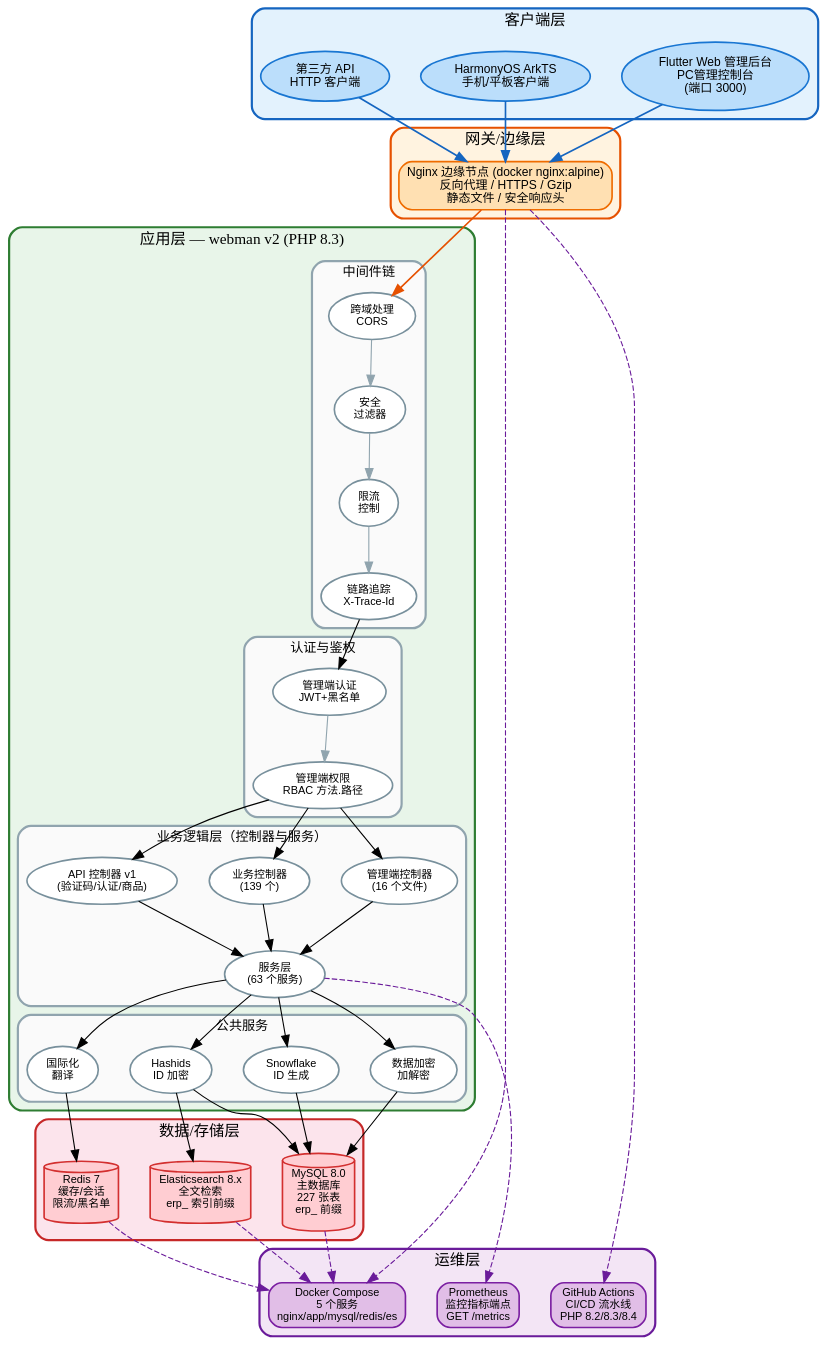
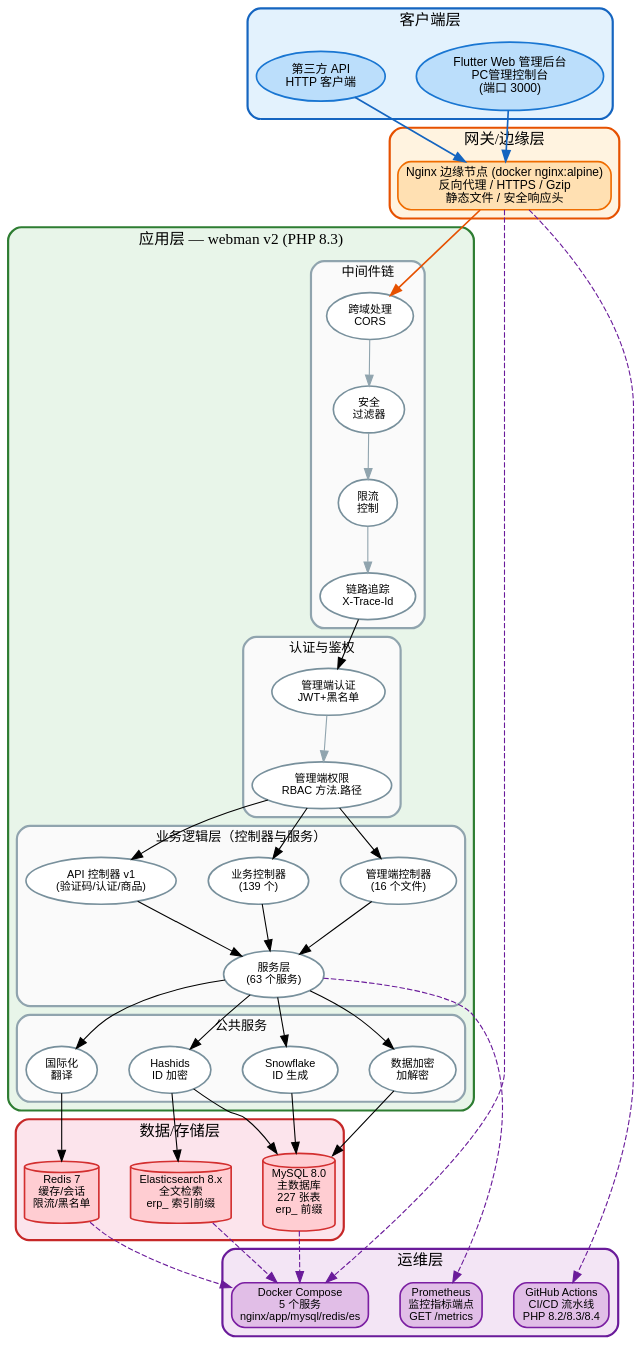
The diagram in docs/diagrams/system-architecture-cn.dot (erikwang2013/erp-php), drawn with Graphviz before and after one commit. The commit also changed 652 other files, not shown here.

Commit message:
文档：仅保留中英文 README，清理已移除功能与过时图片

```diff
--- a/docs/diagrams/system-architecture-cn.dot
+++ b/docs/diagrams/system-architecture-cn.dot
@@ -1,104 +1,102 @@
 digraph SystemArchitectureCN {
     rankdir=TB;
     fontname="Arial";
     fontsize=14;
     bgcolor="transparent";
     nodesep=0.4;
     ranksep=0.6;
     compound=true;
 
     node [fontname="Arial", fontsize=11, style="filled,rounded", penwidth=1.5];
 
     subgraph cluster_client {
         label="客户端层";
         fontsize=14; fontname="Arial Bold";
         style="filled,rounded"; fillcolor="#e3f2fd"; color="#1565c0"; penwidth=2;
         a1 [label="Flutter Web 管理后台\nPC管理控制台\n(端口 3000)", fillcolor="#bbdefb", color="#1976d2"];
-        a2 [label="HarmonyOS ArkTS\n手机/平板客户端", fillcolor="#bbdefb", color="#1976d2"];
         a3 [label="第三方 API\nHTTP 客户端", fillcolor="#bbdefb", color="#1976d2"];
     }
 
     subgraph cluster_edge {
         label="网关/边缘层";
         fontsize=14; fontname="Arial Bold";
         style="filled,rounded"; fillcolor="#fff3e0"; color="#e65100"; penwidth=2;
         b1 [label="Nginx 边缘节点 (docker nginx:alpine)\n反向代理 / HTTPS / Gzip\n静态文件 / 安全响应头", fillcolor="#ffe0b2", color="#ef6c00", shape="box"];
     }
 
     subgraph cluster_app {
         label="应用层 — webman v2 (PHP 8.3)";
         fontsize=14; fontname="Arial Bold";
         style="filled,rounded"; fillcolor="#e8f5e9"; color="#2e7d32"; penwidth=2;
 
         subgraph cluster_mw {
             label="中间件链";
             fontsize=12; fontname="Arial Bold";
             style="filled,rounded"; fillcolor="#fafafa"; color="#90a4ae";
             node [fillcolor="#ffffff", color="#78909c", fontsize=10];
             m1 [label="跨域处理\nCORS"]; m2 [label="安全\n过滤器"]; m3 [label="限流\n控制"]; m4 [label="链路追踪\nX-Trace-Id"];
             m1 -> m2 -> m3 -> m4 [color="#90a4ae"];
         }
 
         subgraph cluster_auth {
             label="认证与鉴权";
             fontsize=12; fontname="Arial Bold";
             style="filled,rounded"; fillcolor="#fafafa"; color="#90a4ae";
             node [fillcolor="#ffffff", color="#78909c", fontsize=10];
             m6 [label="管理端认证\nJWT+黑名单"]; m7 [label="管理端权限\nRBAC 方法.路径"];
             m6 -> m7 [color="#90a4ae"];
         }
 
         subgraph cluster_biz {
             label="业务逻辑层（控制器与服务）";
             fontsize=12; fontname="Arial Bold";
             style="filled,rounded"; fillcolor="#fafafa"; color="#90a4ae";
             node [fillcolor="#ffffff", color="#78909c", fontsize=10];
             c1 [label="管理端控制器\n(16 个文件)"]; c2 [label="业务控制器\n(139 个)"]; c3 [label="服务层\n(63 个服务)"]; c4 [label="API 控制器 v1\n(验证码/认证/商品)"];
         }
 
         subgraph cluster_common {
             label="公共服务";
             fontsize=12; fontname="Arial Bold";
             style="filled,rounded"; fillcolor="#fafafa"; color="#90a4ae";
             node [fillcolor="#ffffff", color="#78909c", fontsize=10];
             s1 [label="Hashids\nID 加密"]; s2 [label="Snowflake\nID 生成"]; s3 [label="数据加密\n加解密"]; s4 [label="国际化\n翻译"];
         }
 
         m4 -> m6; m7 -> c1; m7 -> c2; m7 -> c4;
         c1 -> c3; c2 -> c3; c4 -> c3;
         c3 -> s1; c3 -> s2; c3 -> s3; c3 -> s4;
     }
 
     subgraph cluster_data {
         label="数据/存储层";
         fontsize=14; fontname="Arial Bold";
         style="filled,rounded"; fillcolor="#fce4ec"; color="#c62828"; penwidth=2;
         node [shape="cylinder", fillcolor="#ffcdd2", color="#d32f2f", fontsize=10];
         d1 [label="MySQL 8.0\n主数据库\n227 张表\nerp_ 前缀"];
         d2 [label="Redis 7\n缓存/会话\n限流/黑名单"];
         d3 [label="Elasticsearch 8.x\n全文检索\nerp_ 索引前缀"];
     }
 
     subgraph cluster_devops {
         label="运维层";
         fontsize=14; fontname="Arial Bold";
         style="filled,rounded"; fillcolor="#f3e5f5"; color="#6a1b9a"; penwidth=2;
         node [shape="box", fillcolor="#e1bee7", color="#7b1fa2", fontsize=10];
         e1 [label="GitHub Actions\nCI/CD 流水线\nPHP 8.2/8.3/8.4"];
         e2 [label="Docker Compose\n5 个服务\nnginx/app/mysql/redis/es"];
         e3 [label="Prometheus\n监控指标端点\nGET /metrics"];
     }
 
     a1 -> b1 [color="#1565c0", penwidth=1.5];
-    a2 -> b1 [color="#1565c0", penwidth=1.5];
     a3 -> b1 [color="#1565c0", penwidth=1.5];
     b1 -> m1 [color="#e65100", penwidth=1.5];
     s1 -> d1; s2 -> d1; s3 -> d1; s1 -> d3;
     s4 -> d2;
     b1 -> e1 [style="dashed", color="#6a1b9a"];
     b1 -> e2 [style="dashed", color="#6a1b9a"];
     c3 -> e3 [style="dashed", color="#6a1b9a"];
     d1 -> e2 [style="dashed", color="#6a1b9a"];
     d2 -> e2 [style="dashed", color="#6a1b9a"];
     d3 -> e2 [style="dashed", color="#6a1b9a"];
 }
```
